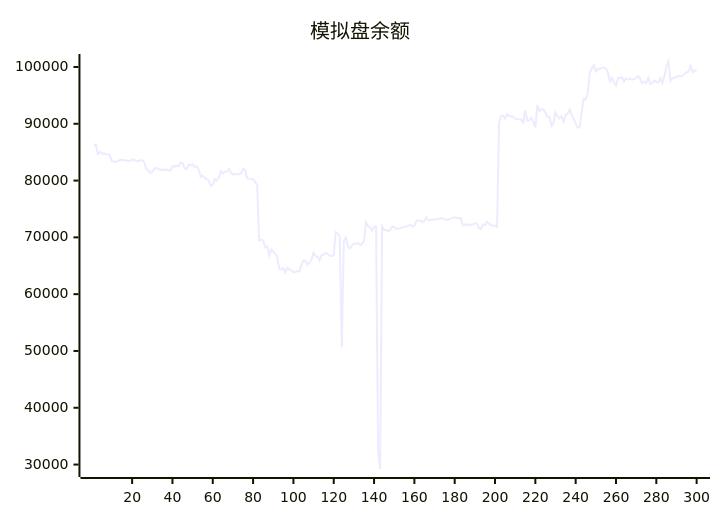
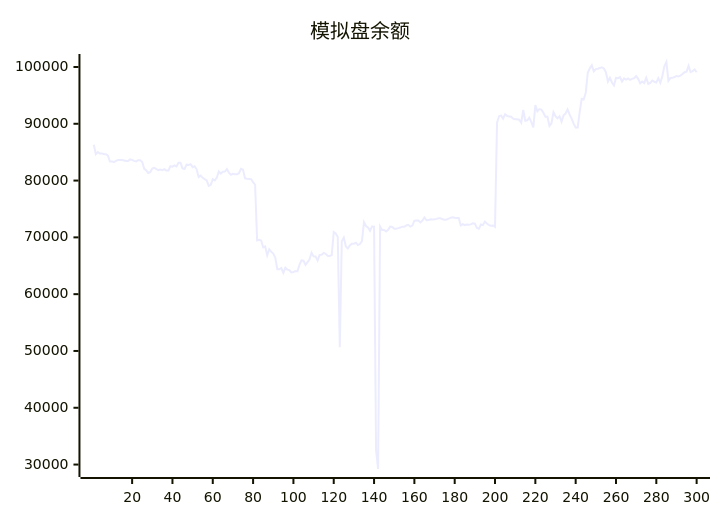
Before and after one commit to aahl/ai-trading: the diagram in README.md, drawn with Mermaid. The commit also changed other lines of this file and 1 other file, not shown here.

````diff
--- a/README.md
+++ b/README.md
@@ -5,5 +5,5 @@
 ```mermaid
 xychart
     title "模拟盘余额"
-    line [86341,86315,84643,85012,84772,84768,84690,84635,84376,83360,83357,83259,83474,83608,83606,83602,83548,83440,83454,83724,83644,83464,83365,83590,83592,83275,82072,81806,81344,81492,82109,82254,82006,81848,81955,81829,82022,81769,81776,82522,82441,82656,82498,83144,83144,82150,82038,82797,82763,82872,82367,82536,81981,80612,80862,80484,80242,80034,79063,79245,80226,80016,80507,81625,81233,81544,81578,82016,81401,81019,81186,81130,81118,81306,82066,81909,80392,80304,80291,80258,79729,79261,69466,69579,69456,68251,68415,66832,67911,67462,67144,66432,64380,64375,64606,63740,64647,64324,64216,63842,63877,64078,64008,65156,65945,65888,65157,65625,66144,67284,66653,66639,65924,66925,66956,67263,67108,66766,66729,66886,70927,70673,70049,50652,69334,69973,68400,68061,68578,68876,68879,69055,68662,68822,69329,72687,71999,71760,71162,71911,71896,32500,29218,71927,71297,71305,71044,71337,71883,71822,71536,71536,71622,71723,71880,71860,72100,72216,71887,72077,72940,72976,72966,72638,72948,73497,73004,73041,73173,73160,73186,73258,73375,73351,73173,73098,73161,73305,73474,73536,73457,73413,73412,72100,72333,72164,72272,72204,72285,72461,72421,71652,71521,72267,72157,72774,72424,72144,72060,72091,71858,90185,91338,91466,90900,91678,91404,91268,91244,90903,90779,90787,90721,90187,92429,90518,90619,91070,90328,89376,93286,92202,92581,92485,91947,91196,91259,89619,90086,92063,91355,90950,91327,90373,91498,91800,92531,91603,90910,90031,89351,89334,92097,94406,94315,95455,98972,99763,100286,99229,99622,99701,99805,99938,99738,99082,97430,98094,97267,96741,98081,98013,98194,97447,97983,97789,97969,97729,97911,98043,98405,97912,97120,97448,97154,98095,97021,97190,97616,97402,97263,98035,97210,98424,100120,100876,97552,98049,98085,98228,98388,98342,98488,98750,99086,99181,100188,99107,99272,99553]
+    line [86315,84643,85012,84772,84768,84690,84635,84376,83360,83357,83259,83474,83608,83606,83602,83548,83440,83454,83724,83644,83464,83365,83590,83592,83275,82072,81806,81344,81492,82109,82254,82006,81848,81955,81829,82022,81769,81776,82522,82441,82656,82498,83144,83144,82150,82038,82797,82763,82872,82367,82536,81981,80612,80862,80484,80242,80034,79063,79245,80226,80016,80507,81625,81233,81544,81578,82016,81401,81019,81186,81130,81118,81306,82066,81909,80392,80304,80291,80258,79729,79261,69466,69579,69456,68251,68415,66832,67911,67462,67144,66432,64380,64375,64606,63740,64647,64324,64216,63842,63877,64078,64008,65156,65945,65888,65157,65625,66144,67284,66653,66639,65924,66925,66956,67263,67108,66766,66729,66886,70927,70673,70049,50652,69334,69973,68400,68061,68578,68876,68879,69055,68662,68822,69329,72687,71999,71760,71162,71911,71896,32500,29218,71927,71297,71305,71044,71337,71883,71822,71536,71536,71622,71723,71880,71860,72100,72216,71887,72077,72940,72976,72966,72638,72948,73497,73004,73041,73173,73160,73186,73258,73375,73351,73173,73098,73161,73305,73474,73536,73457,73413,73412,72100,72333,72164,72272,72204,72285,72461,72421,71652,71521,72267,72157,72774,72424,72144,72060,72091,71858,90185,91338,91466,90900,91678,91404,91268,91244,90903,90779,90787,90721,90187,92429,90518,90619,91070,90328,89376,93286,92202,92581,92485,91947,91196,91259,89619,90086,92063,91355,90950,91327,90373,91498,91800,92531,91603,90910,90031,89351,89334,92097,94406,94315,95455,98972,99763,100286,99229,99622,99701,99805,99938,99738,99082,97430,98094,97267,96741,98081,98013,98194,97447,97983,97789,97969,97729,97911,98043,98405,97912,97120,97448,97154,98095,97021,97190,97616,97402,97263,98035,97210,98424,100120,100876,97552,98049,98085,98228,98388,98342,98488,98750,99086,99181,100188,99107,99272,99553,99072]
 ```
````
